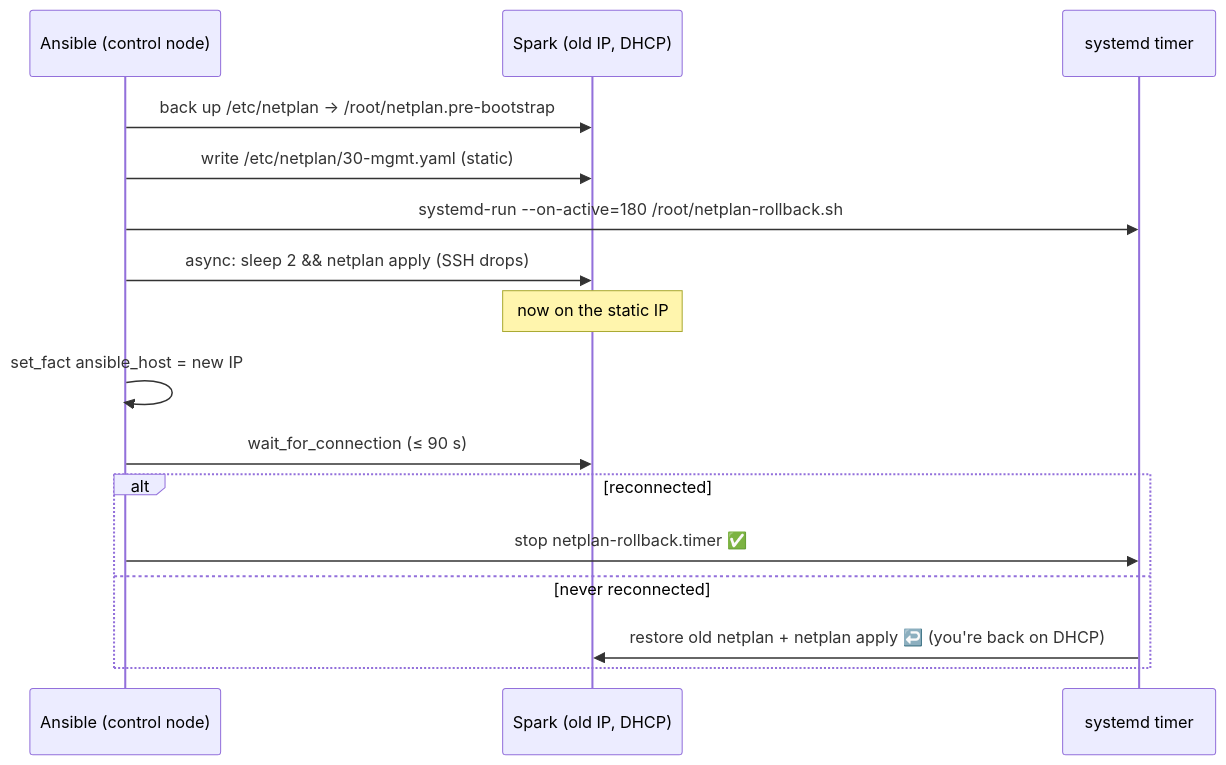
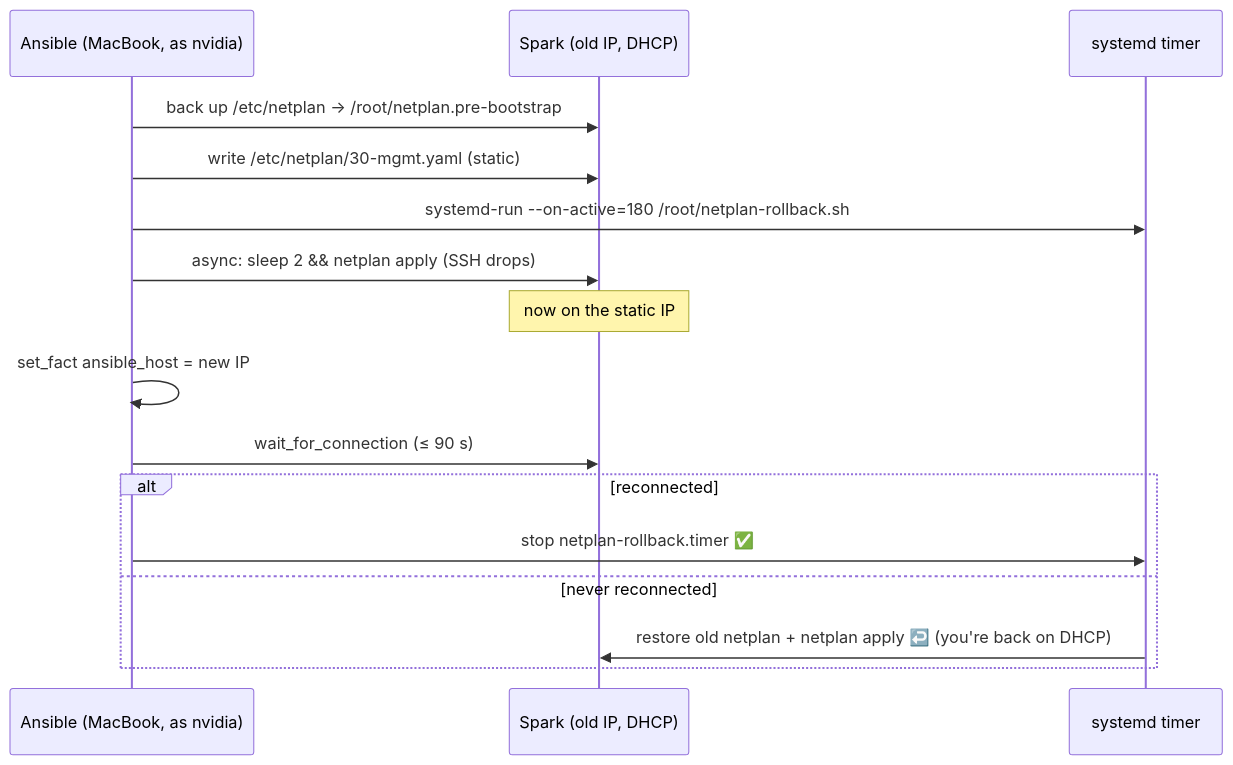
Before and after one commit to cloudone365/technical-depth: the third of 4 diagrams in 01 Ansible/06-bare-metal-os-provisioning-pxe-and-redfish.md, drawn with Mermaid. The commit also changed other lines of this file and 37 other files, not shown here.

````diff
--- a/01 Ansible/06-bare-metal-os-provisioning-pxe-and-redfish.md
+++ b/01 Ansible/06-bare-metal-os-provisioning-pxe-and-redfish.md
@@ -61,18 +65,18 @@
 ```mermaid
 sequenceDiagram
-  participant A as Ansible (control node)
+  participant A as Ansible (MacBook, as nvidia)
   participant S as Spark (old IP, DHCP)
   participant T as systemd timer
   A->>S: back up /etc/netplan → /root/netplan.pre-bootstrap
   A->>S: write /etc/netplan/30-mgmt.yaml (static)
   A->>T: systemd-run --on-active=180 /root/netplan-rollback.sh
   A->>S: async: sleep 2 && netplan apply   (SSH drops)
   Note over S: now on the static IP
   A->>A: set_fact ansible_host = new IP
   A->>S: wait_for_connection (≤ 90 s)
   alt reconnected
     A->>T: stop netplan-rollback.timer  ✅
   else never reconnected
     T->>S: restore old netplan + netplan apply  ↩️ (you're back on DHCP)
   end
 ```
````
